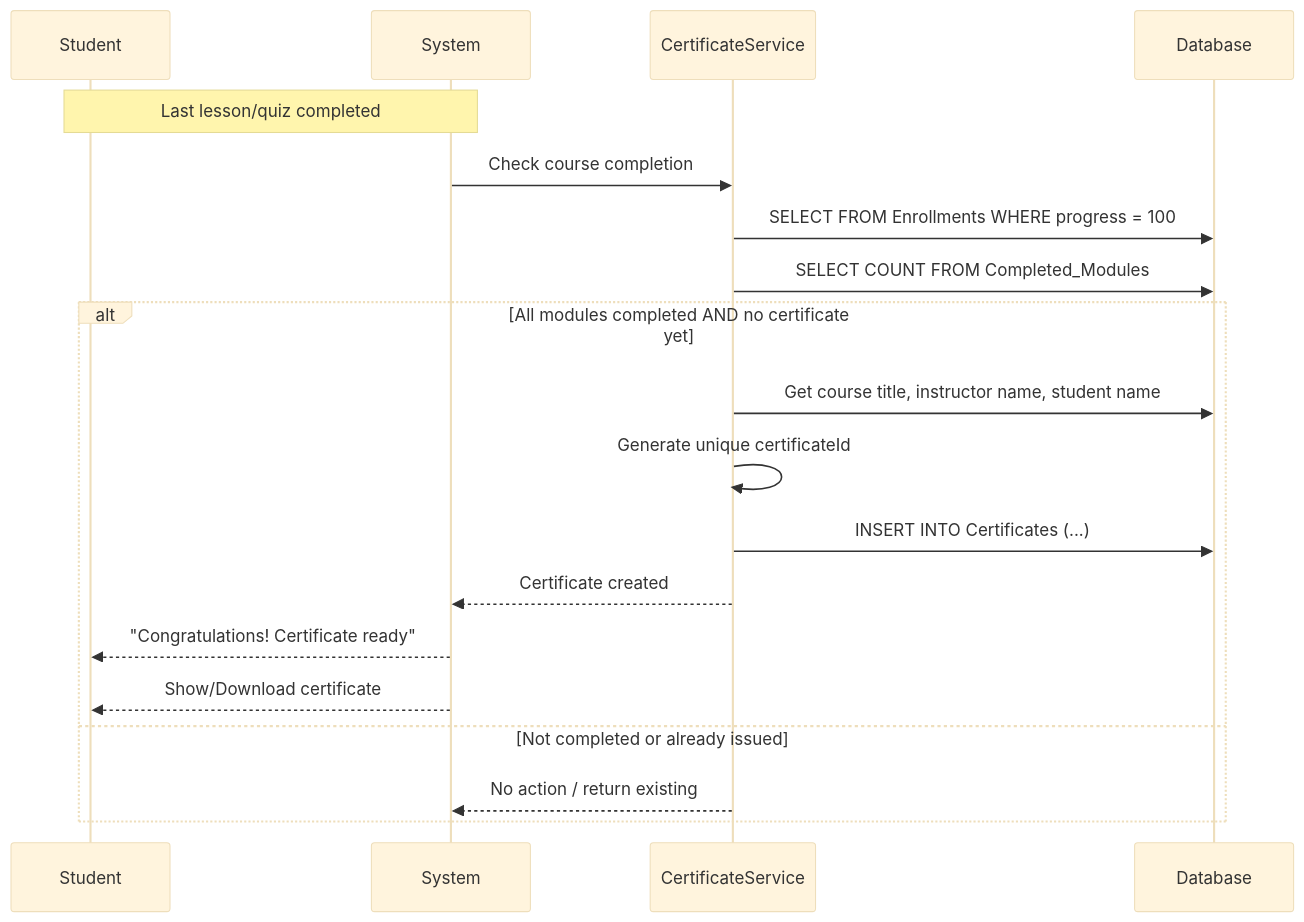
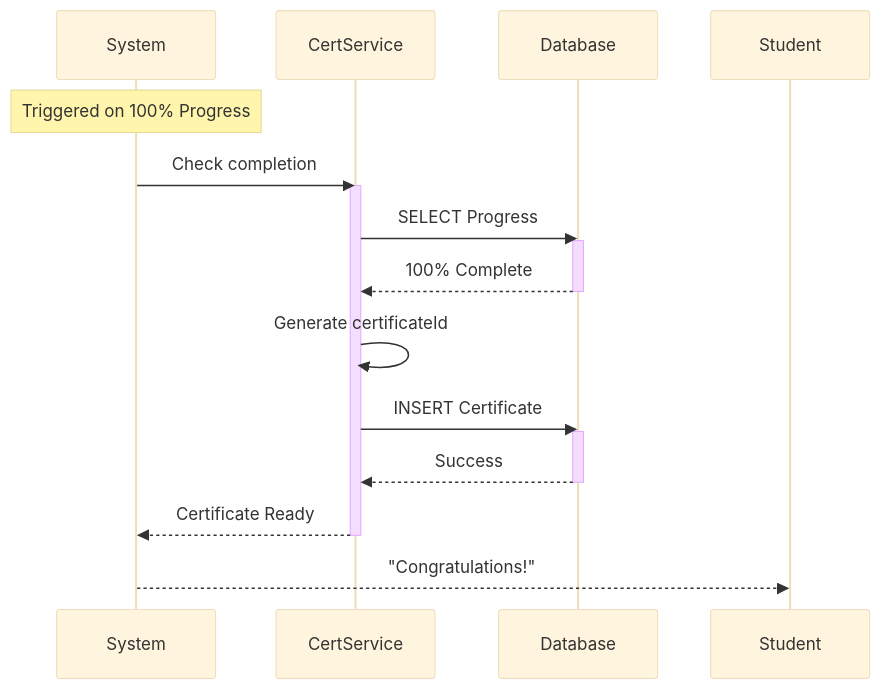
Before and after one commit to maruf-pfc/build-to-learn: the fifth of 6 diagrams in docs/sequence-diagrams.md, drawn with Mermaid (base theme). The commit also changed other lines of this file, not shown here.

First line of the commit message:
Refactor sequence diagrams for online learning platform

````diff
--- a/docs/sequence-diagrams.md
+++ b/docs/sequence-diagrams.md
@@ -140,22 +160,27 @@
 ```mermaid
 sequenceDiagram
+    participant Sys as System
+    participant CS as CertService
+    participant DB as Database
     participant Student
-    participant System
-    participant CertificateService
-    participant Database
 
-    Note over Student,System: Last lesson/quiz completed
-    System->>CertificateService: Check course completion
-    CertificateService->>Database: SELECT FROM Enrollments WHERE progress = 100
-    CertificateService->>Database: SELECT COUNT FROM Completed_Modules
-    alt All modules completed AND no certificate yet
-        CertificateService->>Database: Get course title, instructor name, student name
-        CertificateService->>CertificateService: Generate unique certificateId
-        CertificateService->>Database: INSERT INTO Certificates (...)
-        CertificateService-->>System: Certificate created
-        System-->>Student: "Congratulations! Certificate ready"
-        System-->>Student: Show/Download certificate
-    else Not completed or already issued
-        CertificateService-->>System: No action / return existing
-    end
+    Note over Sys: Triggered on 100% Progress
+    Sys->>CS: Check completion
+    activate CS
+    CS->>DB: SELECT Progress
+    activate DB
+    DB-->>CS: 100% Complete
+    deactivate DB
+    
+    CS->>CS: Generate certificateId
+    
+    CS->>DB: INSERT Certificate
+    activate DB
+    DB-->>CS: Success
+    deactivate DB
+    
+    CS-->>Sys: Certificate Ready
+    deactivate CS
+    Sys-->>Student: "Congratulations!"
+
 ```
````
